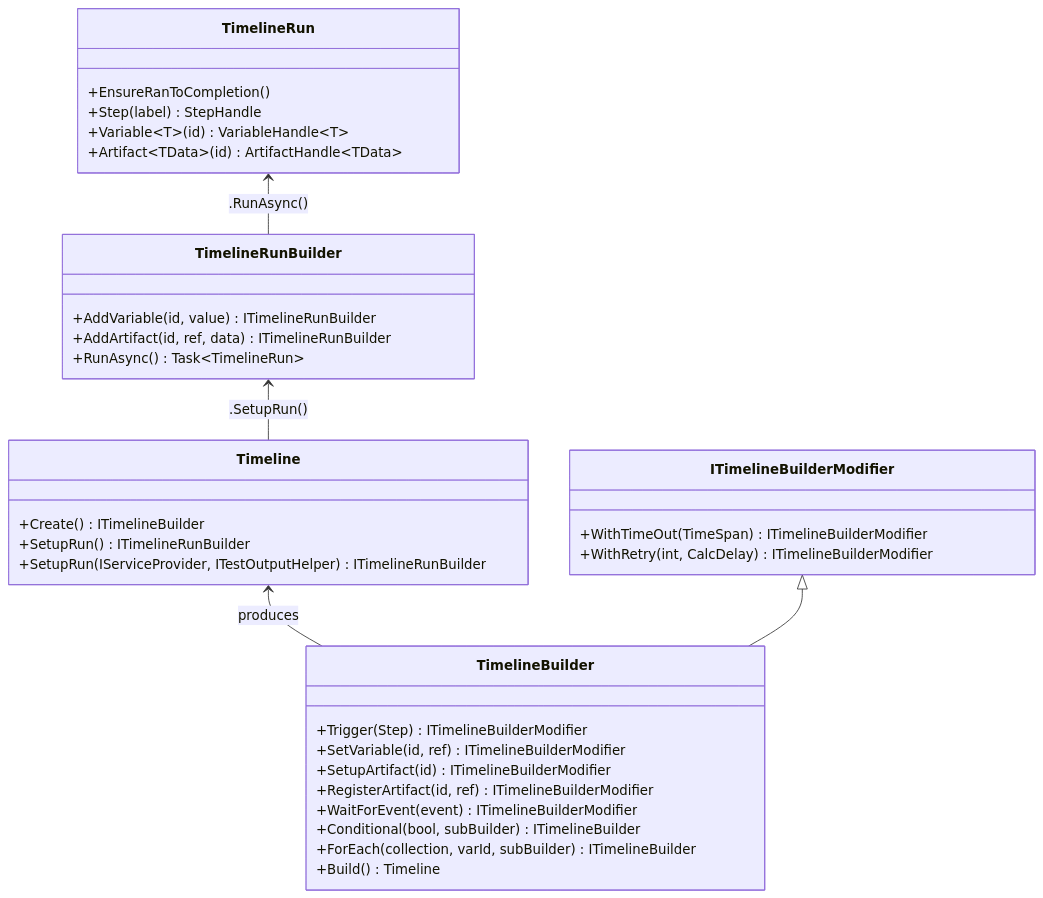
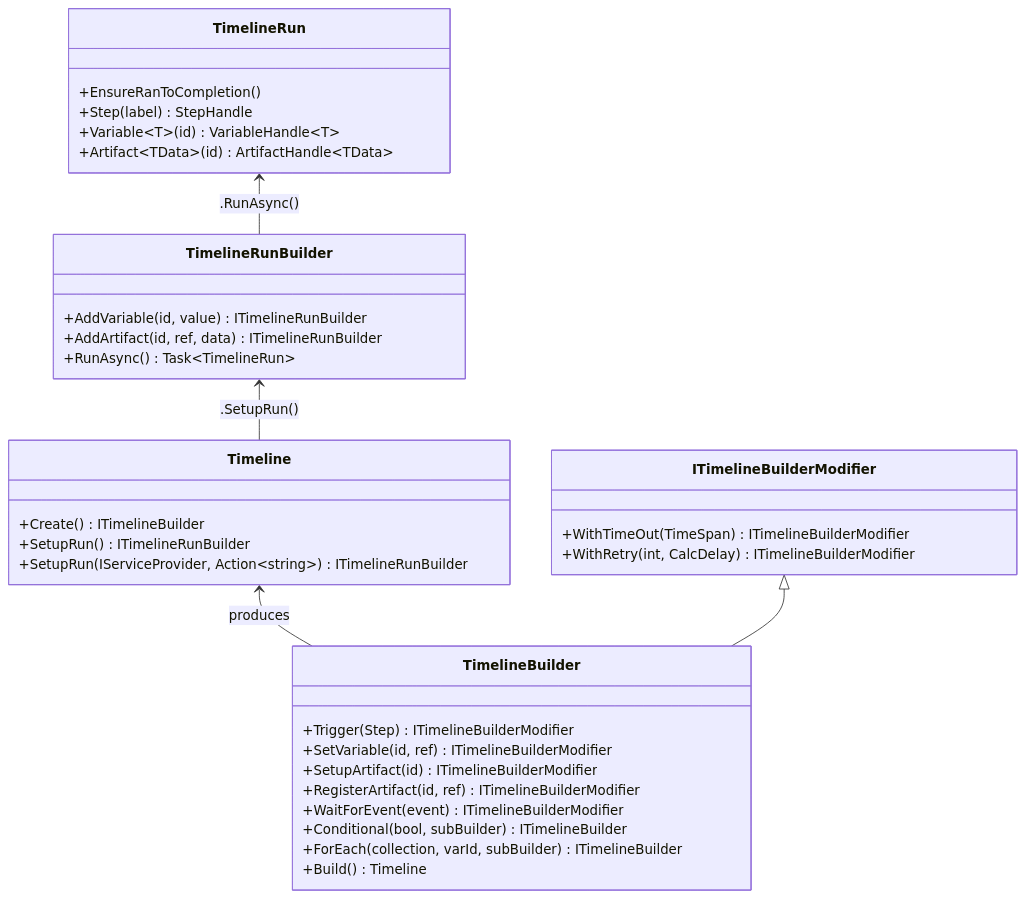
Before and after one commit to DeadMoon0/TestFramework-Core: the fourth of 16 diagrams in Documentation/Arc42.md, drawn with Mermaid. The commit also changed other lines of this file and 11 other files, not shown here.

````diff
--- a/Documentation/Arc42.md
+++ b/Documentation/Arc42.md
@@ -195,37 +192,37 @@
 ```mermaid
 classDiagram
     class Timeline {
         +Create() ITimelineBuilder
         +SetupRun() ITimelineRunBuilder
-        +SetupRun(IServiceProvider, ITestOutputHelper) ITimelineRunBuilder
+        +SetupRun(IServiceProvider, Action~string~) ITimelineRunBuilder
     }
     class TimelineBuilder {
         +Trigger(Step) ITimelineBuilderModifier
         +SetVariable(id, ref) ITimelineBuilderModifier
         +SetupArtifact(id) ITimelineBuilderModifier
         +RegisterArtifact(id, ref) ITimelineBuilderModifier
         +WaitForEvent(event) ITimelineBuilderModifier
         +Conditional(bool, subBuilder) ITimelineBuilder
         +ForEach(collection, varId, subBuilder) ITimelineBuilder
         +Build() Timeline
     }
     class ITimelineBuilderModifier {
         +WithTimeOut(TimeSpan) ITimelineBuilderModifier
         +WithRetry(int, CalcDelay) ITimelineBuilderModifier
     }
     class TimelineRunBuilder {
         +AddVariable(id, value) ITimelineRunBuilder
         +AddArtifact(id, ref, data) ITimelineRunBuilder
         +RunAsync() Task~TimelineRun~
     }
     class TimelineRun {
         +EnsureRanToCompletion()
         +Step(label) StepHandle
         +Variable~T~(id) VariableHandle~T~
         +Artifact~TData~(id) ArtifactHandle~TData~
     }
     Timeline <-- TimelineBuilder : produces
     TimelineRunBuilder <-- Timeline : .SetupRun()
     TimelineRun <-- TimelineRunBuilder : .RunAsync()
     ITimelineBuilderModifier <|-- TimelineBuilder
 ```
````
